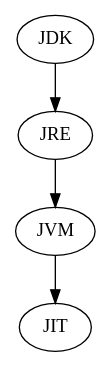
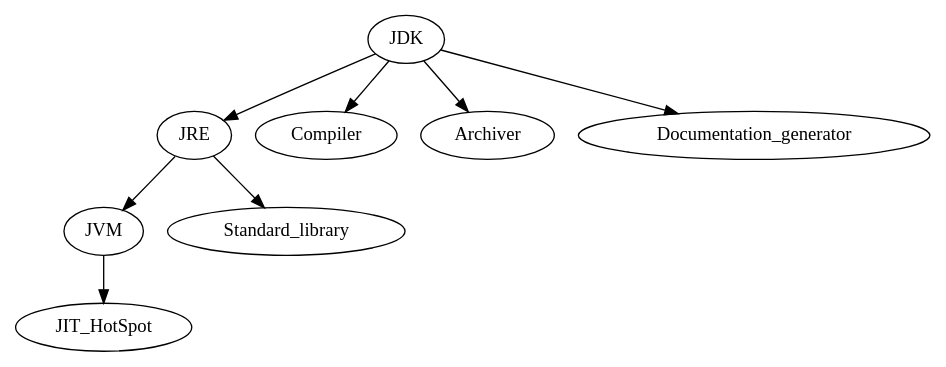
Before and after one commit to Broscorp-net/traineeship: the diagram in module1/src/main/java/net/broscorp/patform/patform.gv, drawn with Graphviz.

Commit message:
patform modified 1

```diff
--- a/module1/src/main/java/net/broscorp/patform/patform.gv
+++ b/module1/src/main/java/net/broscorp/patform/patform.gv
@@ -1,26 +1,34 @@
 digraph graphname {
-    JDK
+    JDK -> JRE
+    JDK -> Compiler
+    JDK -> Archiver
+    JDK -> Documentation_generator
     /* JDK is the software development environment used for creation
        Java applications. It consists of : Java Runtime Environment
        (interpreter/loader (java)), compiler (javac), archiver (jar),
        documentation generator (javadoc) and other tools.
     */
-    -> JRE
+    /*
+       Compiler takes source code and compiles it in a java-bytecode,
+       which will be executed by Java virtual machine.
+    */
+    JRE -> JVM
+    JRE -> Standard_library
     /*
        Java Runtime Environment is the minimum realization
        that is needed for execution of applications. Consists of
        Virtual machine and standard library of classes.
     */
-    -> JVM
+    JVM -> JIT_HotSpot
     /*
        Virtual machine that enables a computer to run Java programs
        as well as programs written in other languages that are also
        compiled to Java bytecode. It includes JIT compiler.
     */
-    -> JIT
+
     /*
        The JIT compiler's role is to turn class files
        (composed of bytecode, which is the JVM's instruction set)
        into machine code that the CPU executes directly.
     */
 }
```
